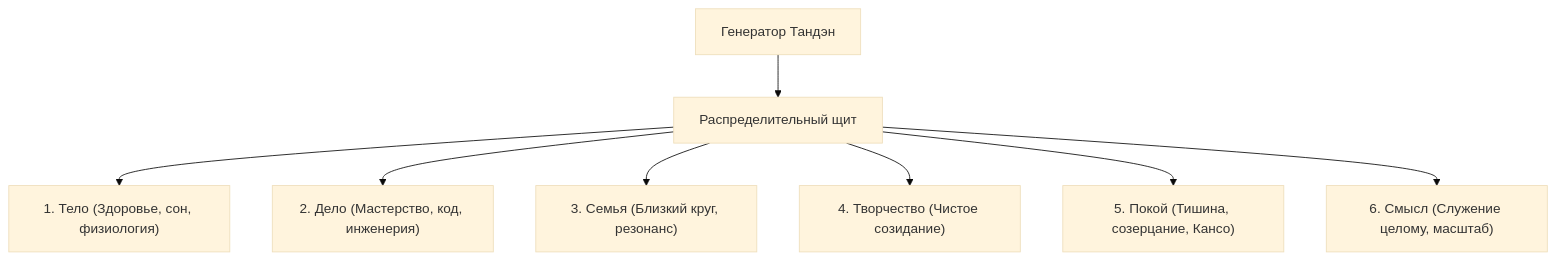
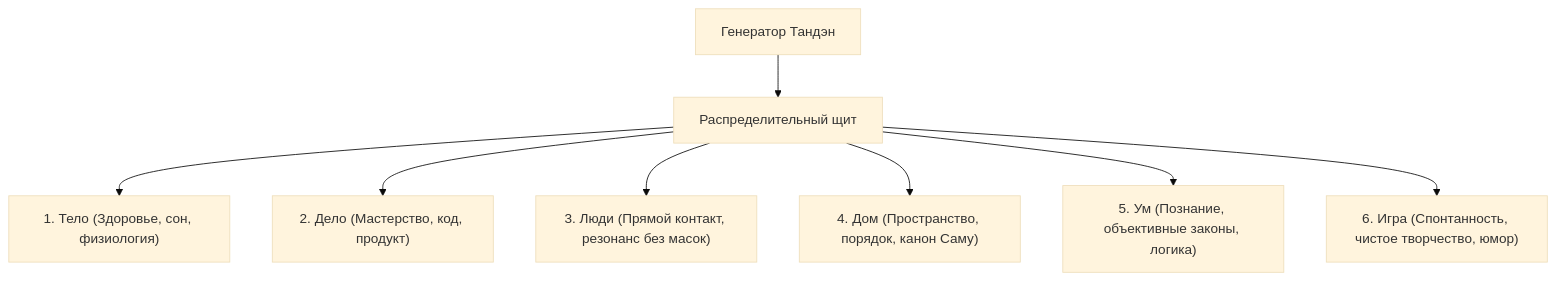
One commit to vsanyanov-ux/inner-current changed the sixth of 6 diagrams in wiki/Inner Current (Whitepaper — Variant 1 Satoshi Canon — Sovereign Thermodynamic Circuit).md. Above: the diagram before and after it, drawn with Mermaid (base theme). The commit also changed other lines of this file and 1926 other files, not shown here.

````diff
--- a/wiki/Inner Current (Whitepaper — Variant 1 Satoshi Canon — Sovereign Thermodynamic Circuit).md
+++ b/wiki/Inner Current (Whitepaper — Variant 1 Satoshi Canon — Sovereign Thermodynamic Circuit).md
@@ -259,10 +276,10 @@
 ```mermaid
 flowchart TD
     T["Генератор Тандэн"] --> Dist["Распределительный щит"]
     Dist --> L1["1. Тело (Здоровье, сон, физиология)"]
-    Dist --> L2["2. Дело (Мастерство, код, инженерия)"]
-    Dist --> L3["3. Семья (Близкий круг, резонанс)"]
-    Dist --> L4["4. Творчество (Чистое созидание)"]
-    Dist --> L5["5. Покой (Тишина, созерцание, Кансо)"]
-    Dist --> L6["6. Смысл (Служение целому, масштаб)"]
+    Dist --> L2["2. Дело (Мастерство, код, продукт)"]
+    Dist --> L3["3. Люди (Прямой контакт, резонанс без масок)"]
+    Dist --> L4["4. Дом (Пространство, порядок, канон Саму)"]
+    Dist --> L5["5. Ум (Познание, объективные законы, логика)"]
+    Dist --> L6["6. Игра (Спонтанность, чистое творчество, юмор)"]
 ```
````
